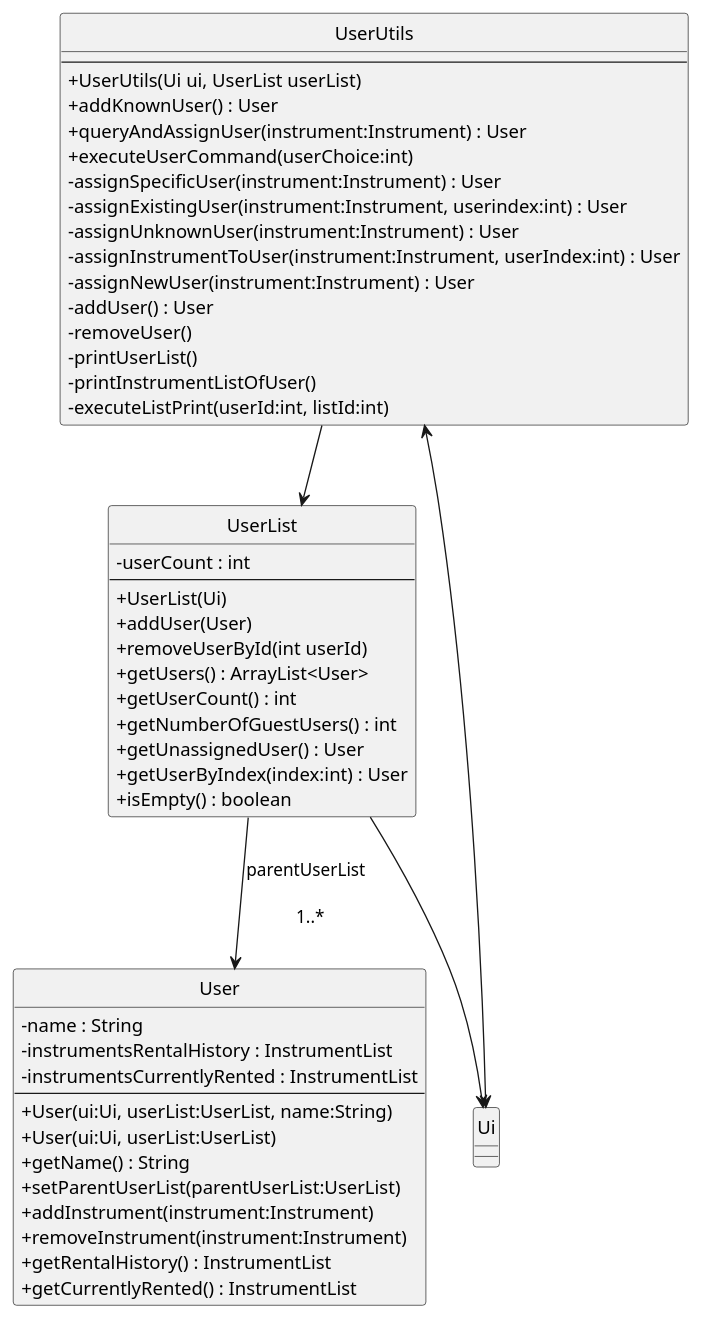
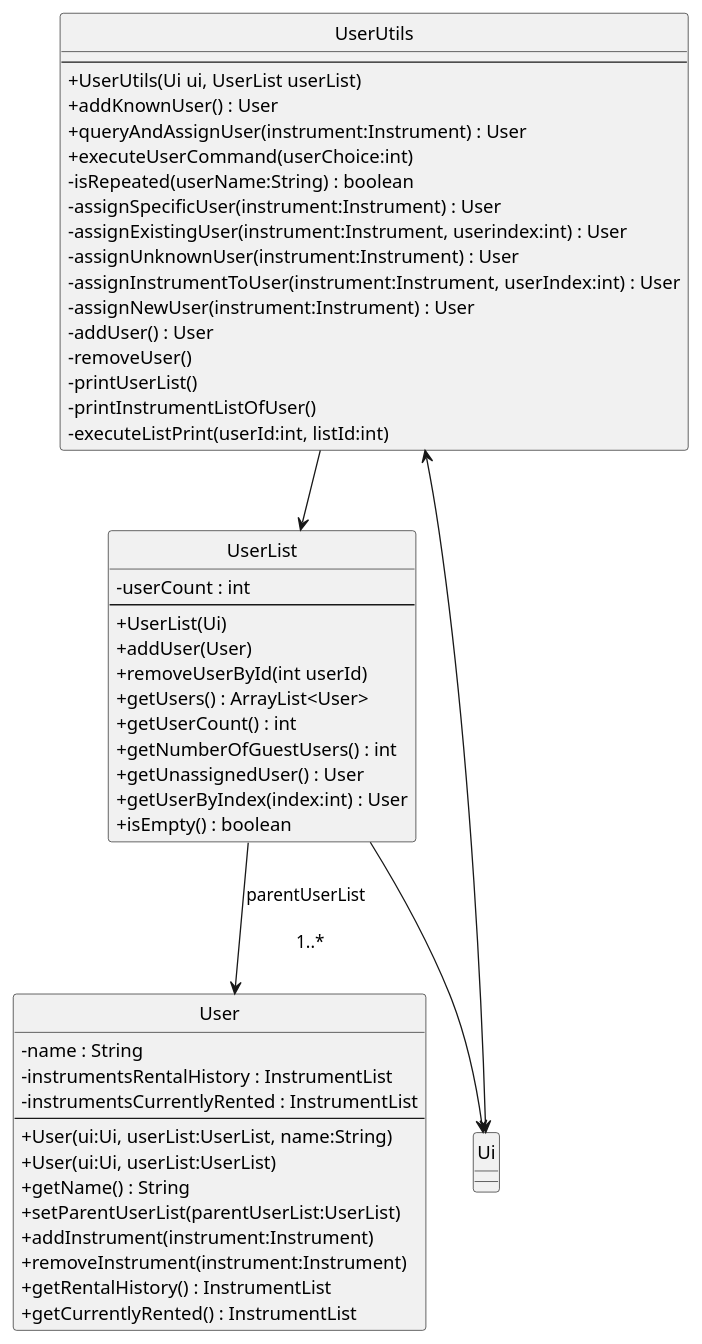
One commit to adoorknob/tp changed the diagram in docs/uml-diagrams/uml-source/UserClassDiagram.puml. Above: the diagram before and after it, drawn with PlantUML. The commit also changed 2 other files, not shown here.

```diff
--- a/docs/uml-diagrams/uml-source/UserClassDiagram.puml
+++ b/docs/uml-diagrams/uml-source/UserClassDiagram.puml
@@ -1,55 +1,56 @@
 @startuml
 hide circle
 skinparam classAttributeIconSize 0
 class UserUtils {
     --
     + UserUtils(Ui ui, UserList userList)
     + addKnownUser() : User
     + queryAndAssignUser(instrument:Instrument) : User
     + executeUserCommand(userChoice:int)
+    - isRepeated(userName:String) : boolean
     - assignSpecificUser(instrument:Instrument) : User
     - assignExistingUser(instrument:Instrument, userindex:int) : User
     - assignUnknownUser(instrument:Instrument) : User
     - assignInstrumentToUser(instrument:Instrument, userIndex:int) : User
     - assignNewUser(instrument:Instrument) : User
     - addUser() : User
     - removeUser()
     - printUserList()
     - printInstrumentListOfUser()
     - executeListPrint(userId:int, listId:int)
 }
 
 class UserList {
     - userCount : int
     --
     + UserList(Ui)
     + addUser(User)
     + removeUserById(int userId)
     + getUsers() : ArrayList<User>
     + getUserCount() : int
     + getNumberOfGuestUsers() : int
     + getUnassignedUser() : User
     + getUserByIndex(index:int) : User
     + isEmpty() : boolean
 }
 
 class User {
     - name : String
     - instrumentsRentalHistory : InstrumentList
     - instrumentsCurrentlyRented : InstrumentList
     --
     + User(ui:Ui, userList:UserList, name:String)
     + User(ui:Ui, userList:UserList)
     + getName() : String
     + setParentUserList(parentUserList:UserList)
     + addInstrument(instrument:Instrument)
     + removeInstrument(instrument:Instrument)
     + getRentalHistory() : InstrumentList
     + getCurrentlyRented() : InstrumentList
 }
 UserUtils <--> Ui
 UserUtils --> UserList
 UserList --> Ui
 
 UserList --> User : parentUserList \n\n 1..*
 @enduml
```
